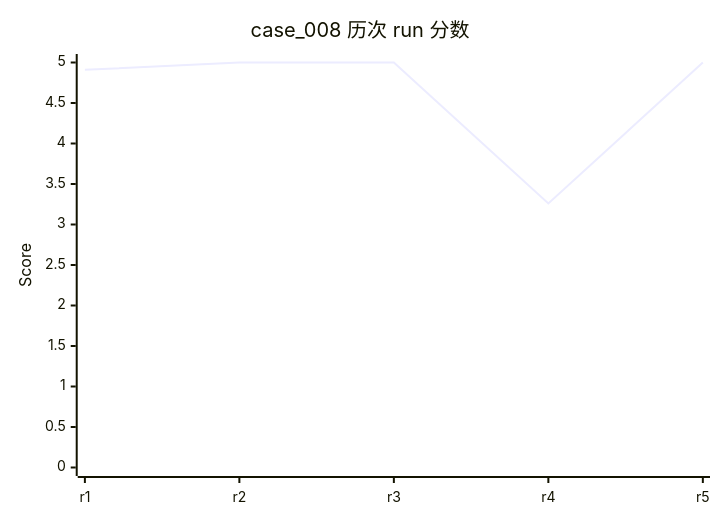
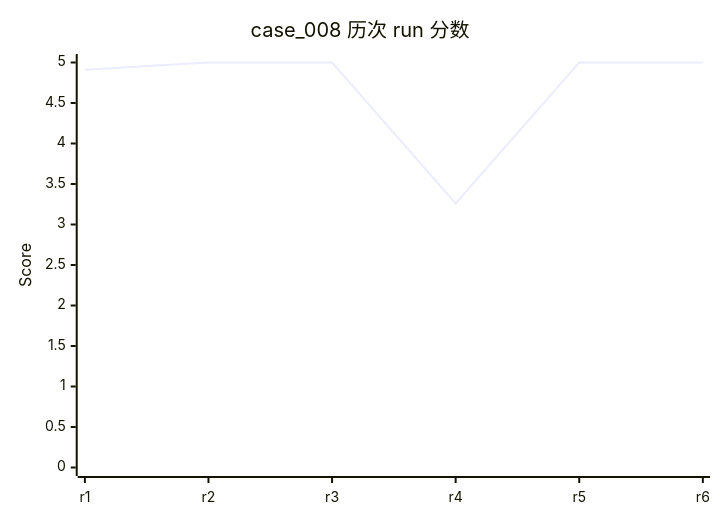
One commit to rushengzhou/sid-code changed diagram 14 of 58 in evals/DASHBOARD.md. Above: the diagram before and after it, drawn with Mermaid. The commit also changed other lines of this file and 108 other files, not shown here.

````diff
--- a/evals/DASHBOARD.md
+++ b/evals/DASHBOARD.md
@@ -353,7 +354,7 @@
 ```mermaid
 xychart-beta
     title "case_008 历次 run 分数"
-    x-axis [r1, r2, r3, r4, r5]
+    x-axis [r1, r2, r3, r4, r5, r6]
     y-axis "Score" 0 --> 5
-    line [4.91, 5.00, 5.00, 3.26, 5.00]
+    line [4.91, 5.00, 5.00, 3.26, 5.00, 5.00]
 ```
````
